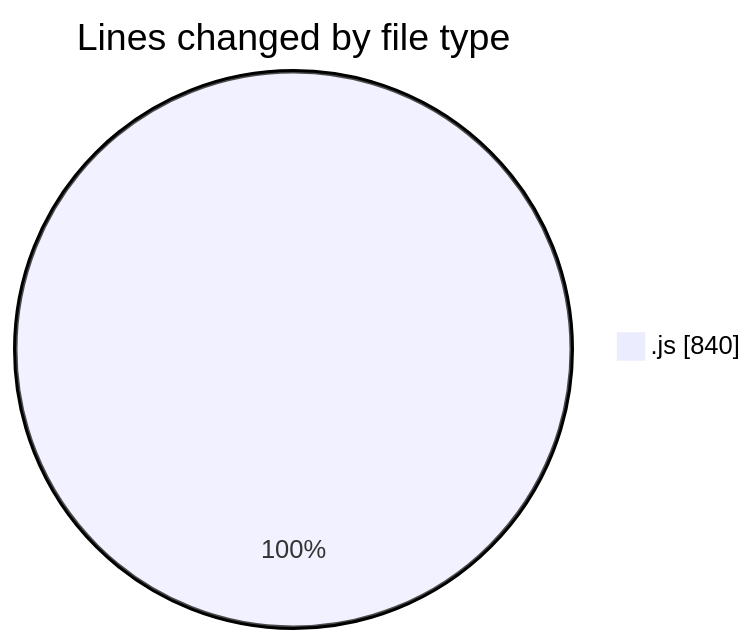
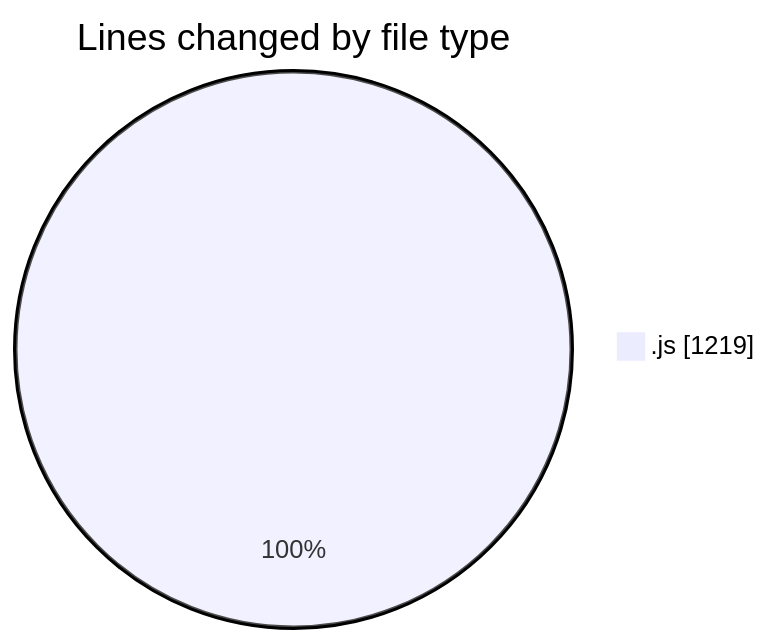
Before and after one commit to nxtqubesakshisongat/code-tracking: the first of 2 diagrams in 2025-10-16/nxtqube_webapp/README.md, drawn with Mermaid. The commit also changed other lines of this file and 1 other file, not shown here.

````diff
--- a/2025-10-16/nxtqube_webapp/README.md
+++ b/2025-10-16/nxtqube_webapp/README.md
@@ -20,5 +20,5 @@
 ```mermaid
 pie showData
 title Lines changed by file type
-".js" : 840
+".js" : 1219
 ```
````
